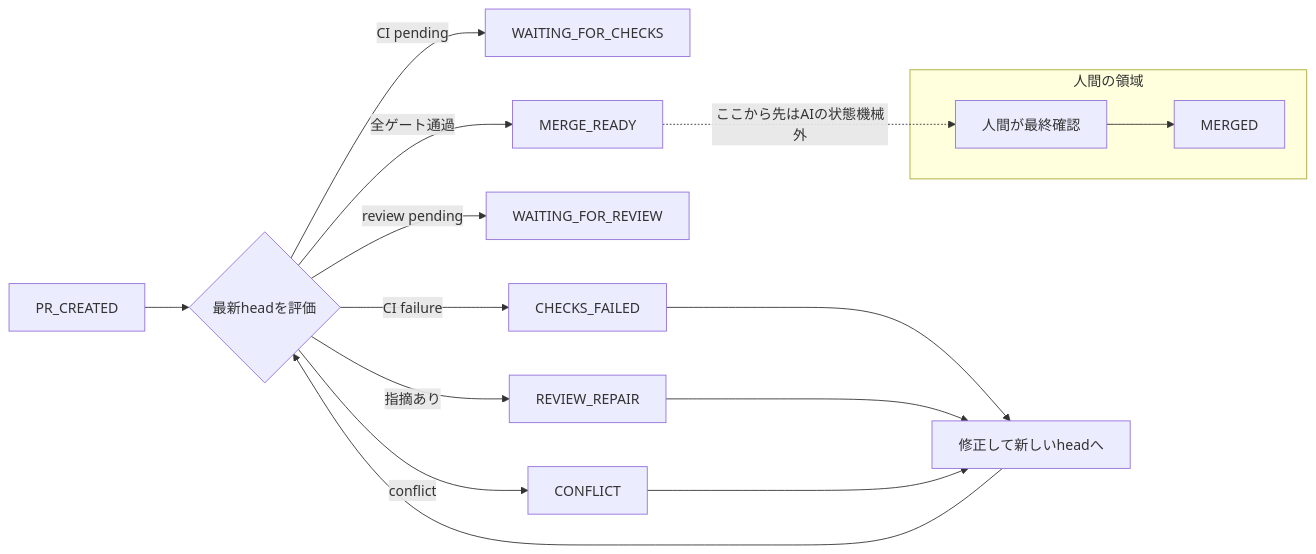
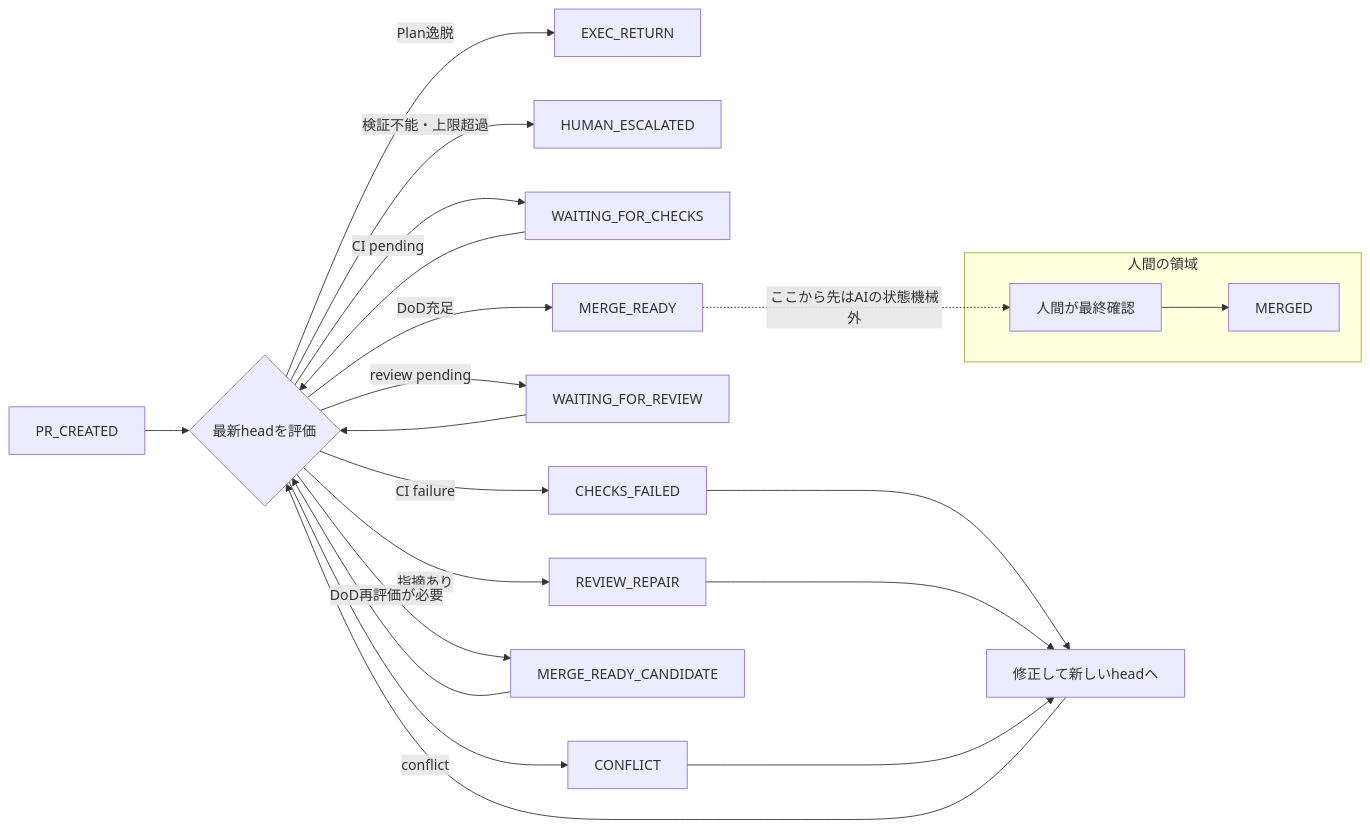
The diagram in articles/ai-merge-ready-state-machine.md (s977043/my-blog), drawn with Mermaid before and after one commit. The commit also changed other lines of this file and 1 other file, not shown here.

First line of the commit message:
docs(articles): MERGE_READY記事を3ループレビューで改善 (#494)

````diff
--- a/articles/ai-merge-ready-state-machine.md
+++ b/articles/ai-merge-ready-state-machine.md
@@ -116,23 +105,29 @@
 ```mermaid
 flowchart LR
     A[PR_CREATED] --> B{最新headを評価}
 
+    B -->|Plan逸脱| X[EXEC_RETURN]
+    B -->|検証不能・上限超過| Y[HUMAN_ESCALATED]
     B -->|CI pending| C[WAITING_FOR_CHECKS]
     B -->|CI failure| D[CHECKS_FAILED]
     B -->|review pending| E[WAITING_FOR_REVIEW]
     B -->|指摘あり| F[REVIEW_REPAIR]
     B -->|conflict| G[CONFLICT]
+    B -->|DoD再評価が必要| M[MERGE_READY_CANDIDATE]
 
+    C --> B
     D --> H[修正して新しいheadへ]
+    E --> B
     F --> H
     G --> H
     H --> B
+    M --> B
 
-    B -->|全ゲート通過| I[MERGE_READY]
-
-    I -.->|ここから先はAIの状態機械外| J
+    B -->|DoD充足| I[MERGE_READY]
 
     subgraph human[人間の領域]
         J[人間が最終確認] --> K[MERGED]
     end
+
+    I -.->|ここから先はAIの状態機械外| J
 ```
````
